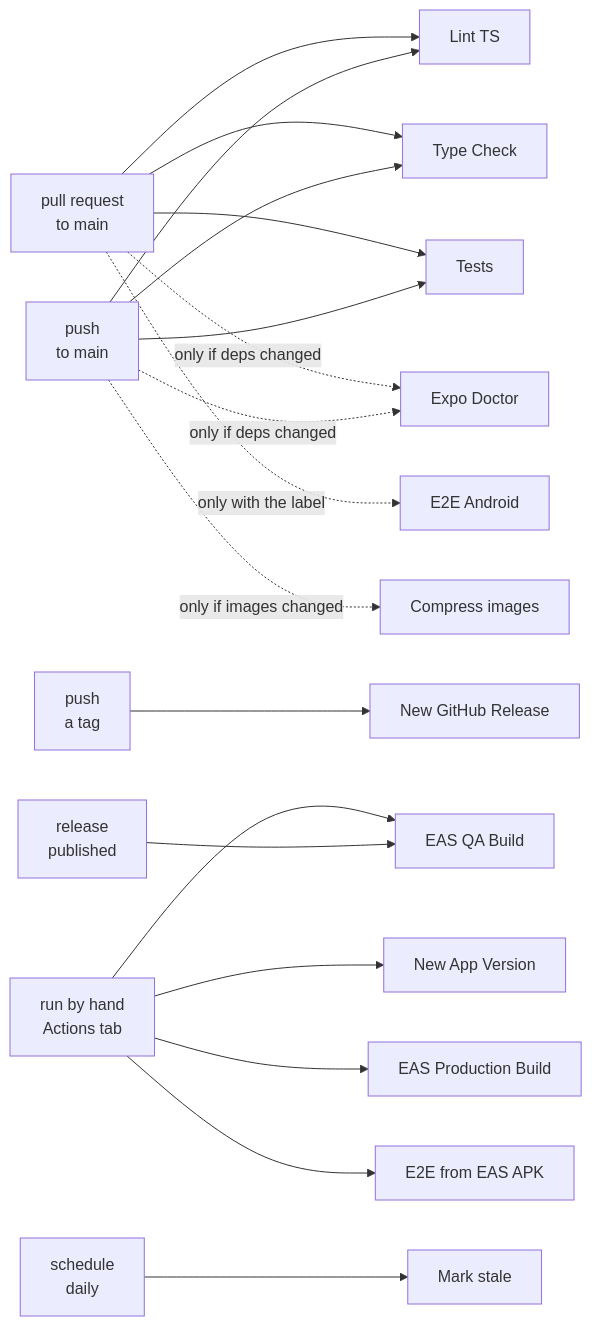
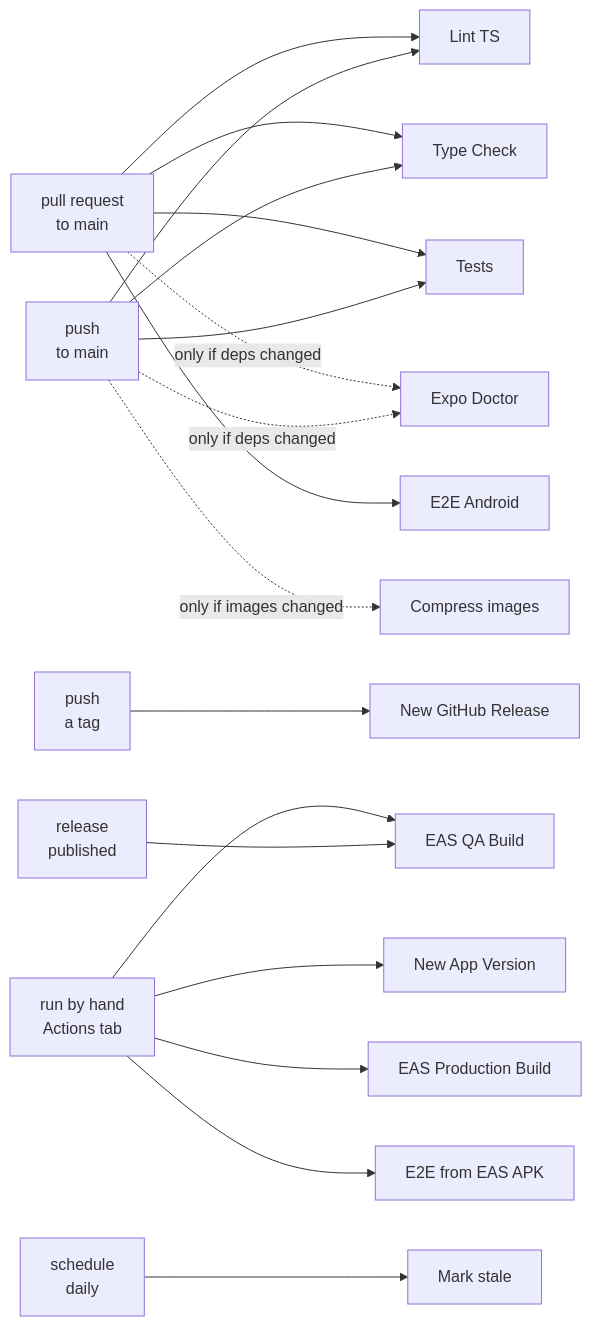
The first of 2 diagrams in docs/ci/workflows.md (TiagoOlivv/s-expo), drawn with Mermaid before and after one commit. The commit also changed other lines of this file and 12 other files, not shown here.

````diff
--- a/docs/ci/workflows.md
+++ b/docs/ci/workflows.md
@@ -7,30 +7,30 @@
 ```mermaid
 flowchart LR
     PR["pull request<br/>to main"]
     PUSH["push<br/>to main"]
     TAG["push<br/>a tag"]
     REL["release<br/>published"]
     MAN["run by hand<br/>Actions tab"]
     CRON["schedule<br/>daily"]
 
     PR --> LINT["Lint TS"]
     PR --> TYPE["Type Check"]
     PR --> TEST["Tests"]
     PR -.->|"only if deps changed"| DOC["Expo Doctor"]
-    PR -.->|"only with the label"| E2E["E2E Android"]
+    PR --> E2E["E2E Android"]
 
     PUSH --> LINT
     PUSH --> TYPE
     PUSH --> TEST
     PUSH -.->|"only if deps changed"| DOC
     PUSH -.->|"only if images changed"| IMG["Compress images"]
 
     MAN --> VER["New App Version"]
     MAN --> QA["EAS QA Build"]
     MAN --> PROD["EAS Production Build"]
     MAN --> E2EAS["E2E from EAS APK"]
 
     TAG --> GHREL["New GitHub Release"]
     REL --> QA
     CRON --> STALE["Mark stale"]
 ```
````
